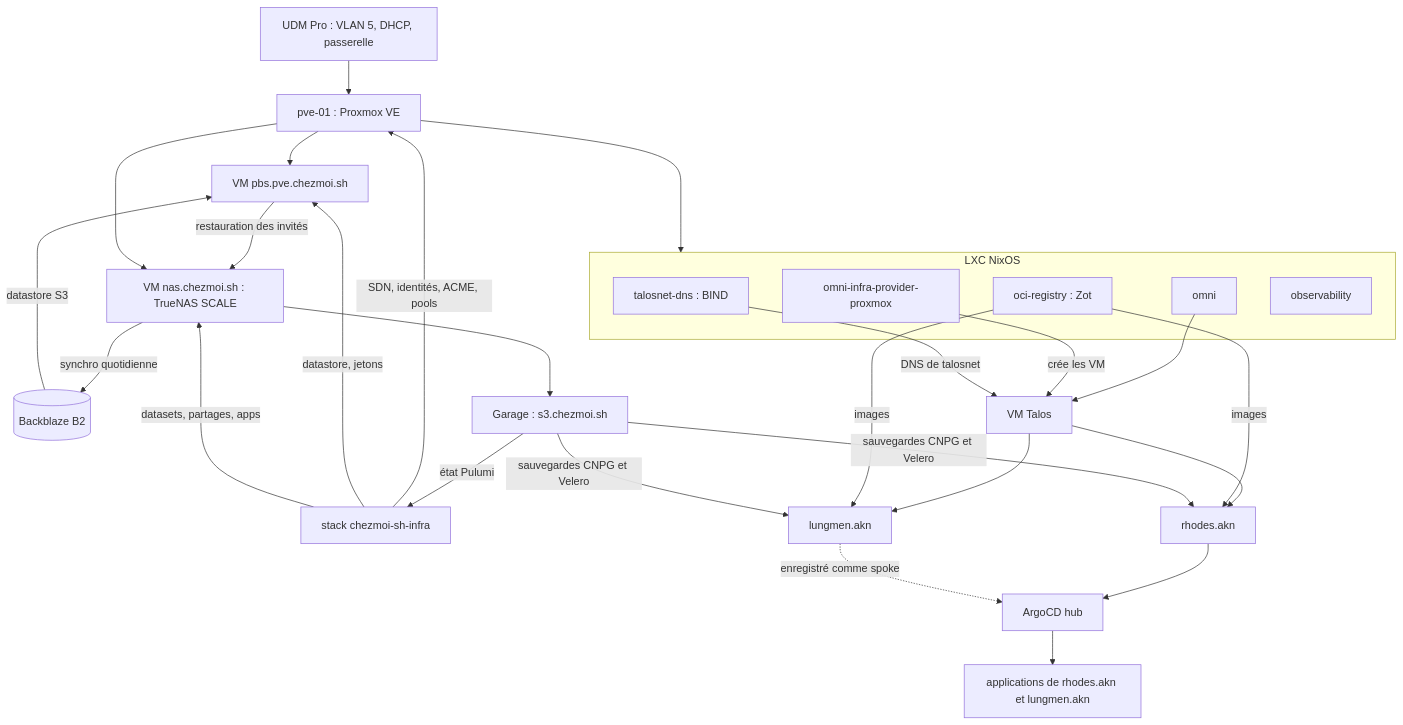
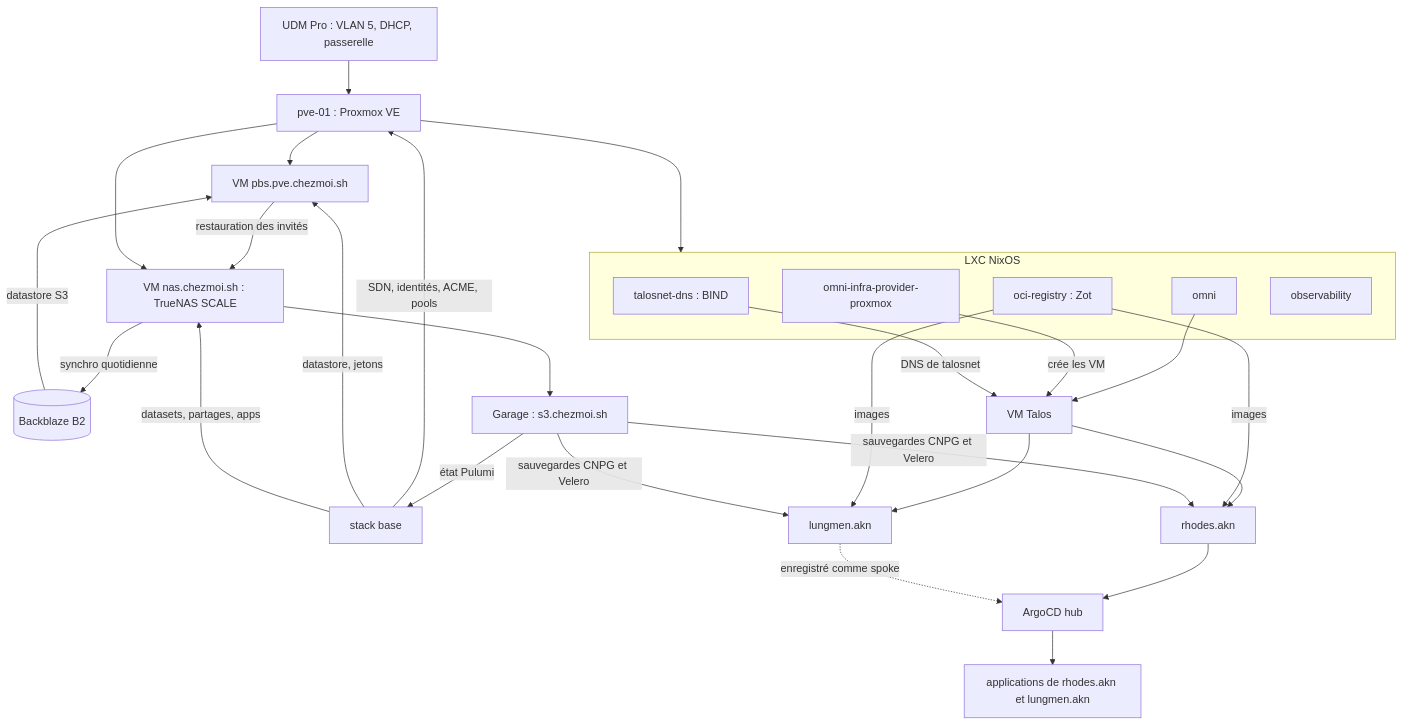
One commit to chezmoidotsh/arcane changed the first of 2 diagrams in docs/plan-de-reprise/brouillon/Plan-de-Reprise-apres-Sinistre.md. Above: the diagram before and after it, drawn with Mermaid. The commit also changed other lines of this file and 21 other files, not shown here.

First line of the commit message:
@[fleet:base,project:chezmoi.sh]: Document the base Pulumi project and fnox

````diff
--- a/docs/plan-de-reprise/brouillon/Plan-de-Reprise-apres-Sinistre.md
+++ b/docs/plan-de-reprise/brouillon/Plan-de-Reprise-apres-Sinistre.md
@@ -35,34 +35,34 @@
 ```mermaid
 flowchart TD
   UNIFI["UDM Pro : VLAN 5, DHCP, passerelle"] --> PVE["pve-01 : Proxmox VE"]
   PVE --> PBS["VM pbs.pve.chezmoi.sh"]
   B2[("Backblaze B2")] -->|"datastore S3"| PBS
   PBS -->|"restauration des invités"| NAS
   PVE --> NAS["VM nas.chezmoi.sh : TrueNAS SCALE"]
   NAS --> GARAGE["Garage : s3.chezmoi.sh"]
   NAS -->|"synchro quotidienne"| B2
-  GARAGE -->|"état Pulumi"| PULUMI["stack chezmoi-sh-infra"]
+  GARAGE -->|"état Pulumi"| PULUMI["stack base"]
   PULUMI -->|"SDN, identités, ACME, pools"| PVE
   PULUMI -->|"datastore, jetons"| PBS
   PULUMI -->|"datasets, partages, apps"| NAS
   PVE --> LXC
   subgraph LXC["LXC NixOS"]
     DNS["talosnet-dns : BIND"]
     ZOT["oci-registry : Zot"]
     OMNI["omni"]
     PROV["omni-infra-provider-proxmox"]
     O11Y["observability"]
   end
   OMNI --> TALOS["VM Talos"]
   PROV -->|"crée les VM"| TALOS
   DNS -->|"DNS de talosnet"| TALOS
   TALOS --> RHODES["rhodes.akn"]
   TALOS --> LUNGMEN["lungmen.akn"]
   ZOT -->|"images"| RHODES
   ZOT -->|"images"| LUNGMEN
   GARAGE -->|"sauvegardes CNPG et Velero"| RHODES
   GARAGE -->|"sauvegardes CNPG et Velero"| LUNGMEN
   RHODES --> ARGO["ArgoCD hub"]
   ARGO --> APPS["applications de rhodes.akn et lungmen.akn"]
   LUNGMEN -.->|"enregistré comme spoke"| ARGO
 ```
````
